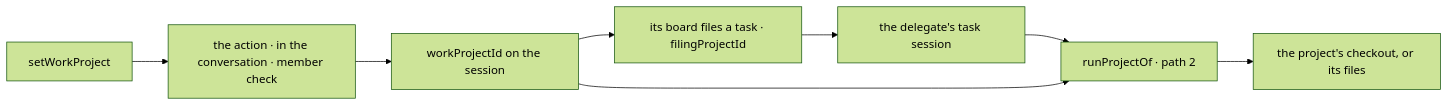
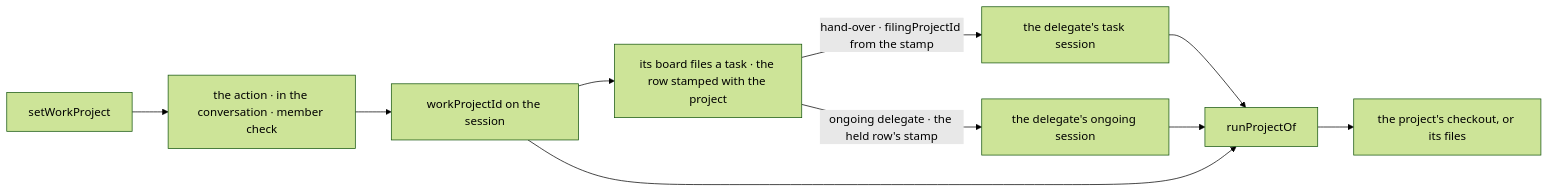
One commit to fixpoint-labs/flow-state-dev changed the third of 3 diagrams in specs/issues/FIX-2161/SPEC.md. Above: the diagram before and after it, drawn with Mermaid (forest theme). The commit also changed other lines of this file and 2 other files, not shown here.

First line of the commit message:
spec(FIX-2161): a filed task keeps its project through a row stamp

````diff
--- a/specs/issues/FIX-2161/SPEC.md
+++ b/specs/issues/FIX-2161/SPEC.md
@@ -89,10 +90,12 @@
 ```mermaid
 flowchart LR
   C["setWorkProject"] --> W["the action · in the conversation · member check"]
   W --> S["workProjectId on the session"]
-  S --> B["its board files a task · filingProjectId"]
-  B --> T["the delegate's task session"]
-  T --> R["runProjectOf · path 2"]
+  S --> B["its board files a task · the row stamped with the project"]
+  B -->|"hand-over · filingProjectId from the stamp"| T["the delegate's task session"]
+  B -->|"ongoing delegate · the held row's stamp"| O["the delegate's ongoing session"]
+  T --> R["runProjectOf"]
+  O --> R
   S --> R
   R --> K["the project's checkout, or its files"]
 ```
````
